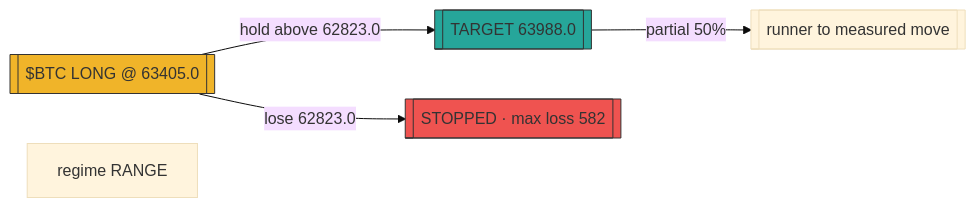
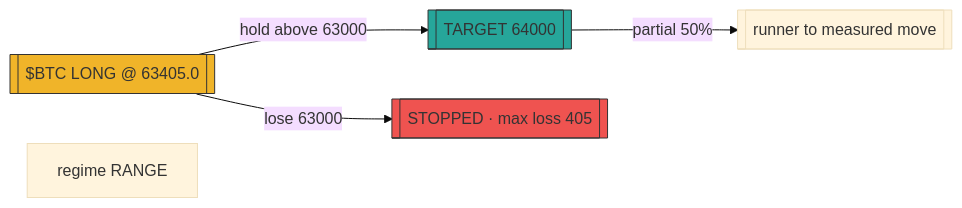
The diagram in astronomer/data/proveout_posts_astronomer_zero/2083739760103985324.mmd (prx0r/BEAR), drawn with Mermaid (base theme) before and after one commit. The commit also changed 2030 other files, not shown here.

```diff
--- a/astronomer/data/proveout_posts_astronomer_zero/2083739760103985324.mmd
+++ b/astronomer/data/proveout_posts_astronomer_zero/2083739760103985324.mmd
@@ -1,9 +1,9 @@
 flowchart LR
     sig[["$BTC LONG @ 63405.0"]]
-    sig -->|"hold above 62823.0"| tgt[["TARGET 63988.0"]]
-    sig -->|"lose 62823.0"| stp[["STOPPED · max loss 582"]]
+    sig -->|"hold above 63000"| tgt[["TARGET 64000"]]
+    sig -->|"lose 63000"| stp[["STOPPED · max loss 405"]]
     tgt -->|"partial 50%"| t2[["runner to measured move"]]
     style sig fill:#f0b429,stroke:#333
     style tgt fill:#26a69a,stroke:#333
     style stp fill:#ef5350,stroke:#333
     sub["regime RANGE" ]
```
